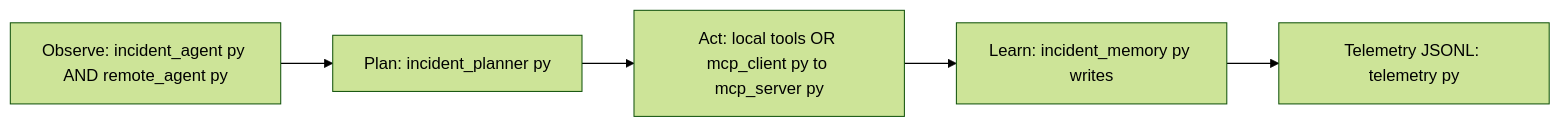
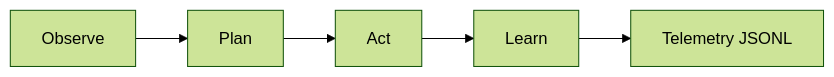
Before and after one commit to FranQuant/the_ai_engineer_capstones: the first of 3 diagrams in capstones/week04_agentic_incident_command/README_week04_capstone.md, drawn with Mermaid (forest theme). The commit also changed other lines of this file and 1 other file, not shown here.

Commit message:
Add polished Week 04 Capstone README and updated telemetry logs

````diff
--- a/capstones/week04_agentic_incident_command/README_week04_capstone.md
+++ b/capstones/week04_agentic_incident_command/README_week04_capstone.md
@@ -22,7 +23,7 @@
 ```mermaid
 flowchart LR
-    O[Observe: incident_agent py AND remote_agent py] --> P[Plan: incident_planner py]
-    P --> A[Act: local tools OR mcp_client py to mcp_server py]
-    A --> L[Learn: incident_memory py writes]
-    L --> T[Telemetry JSONL: telemetry py]
+    O[Observe] --> P[Plan]
+    P --> A[Act]
+    A --> L[Learn]
+    L --> T[Telemetry JSONL]
 ```
````
